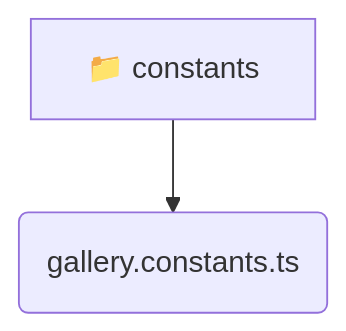
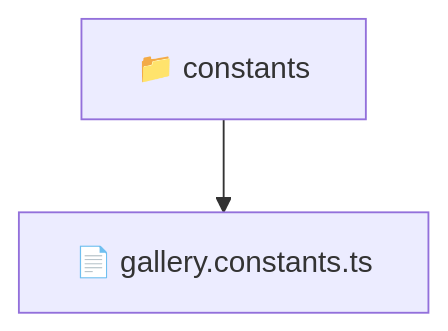
One commit to beginwebdev2002/fullstack-mavluda changed the diagram in frontend/src/entities/gallery/constants/README.md. Above: the diagram before and after it, drawn with Mermaid. The commit also changed other lines of this file and 163 other files, not shown here.

````diff
--- a/frontend/src/entities/gallery/constants/README.md
+++ b/frontend/src/entities/gallery/constants/README.md
@@ -11,5 +10,5 @@
 ```mermaid
 graph TD
-  constants[📁 constants]
-  constants --> constants_gallery_constants_ts(gallery.constants.ts)
+  Root["📁 constants"]
+  Root --> galleryconstantsts["📄 gallery.constants.ts"]
 ```
````
